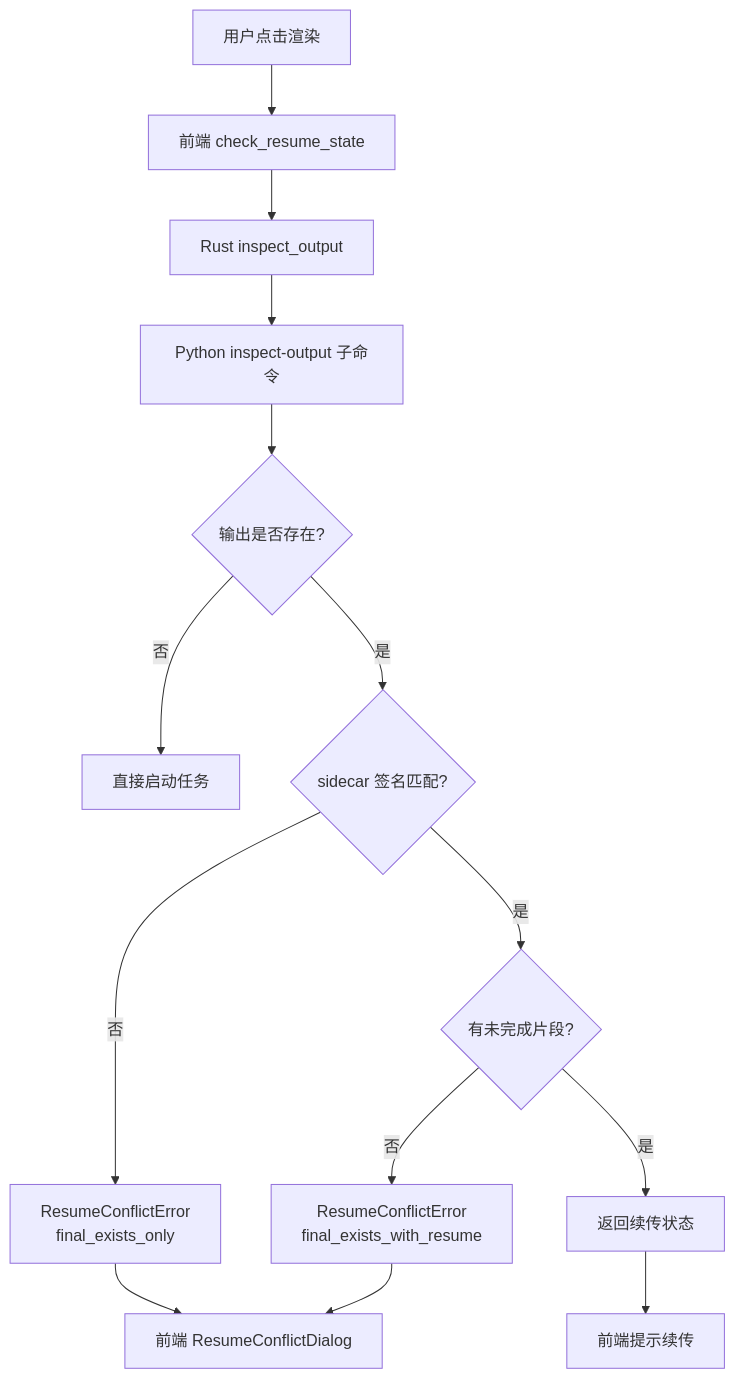
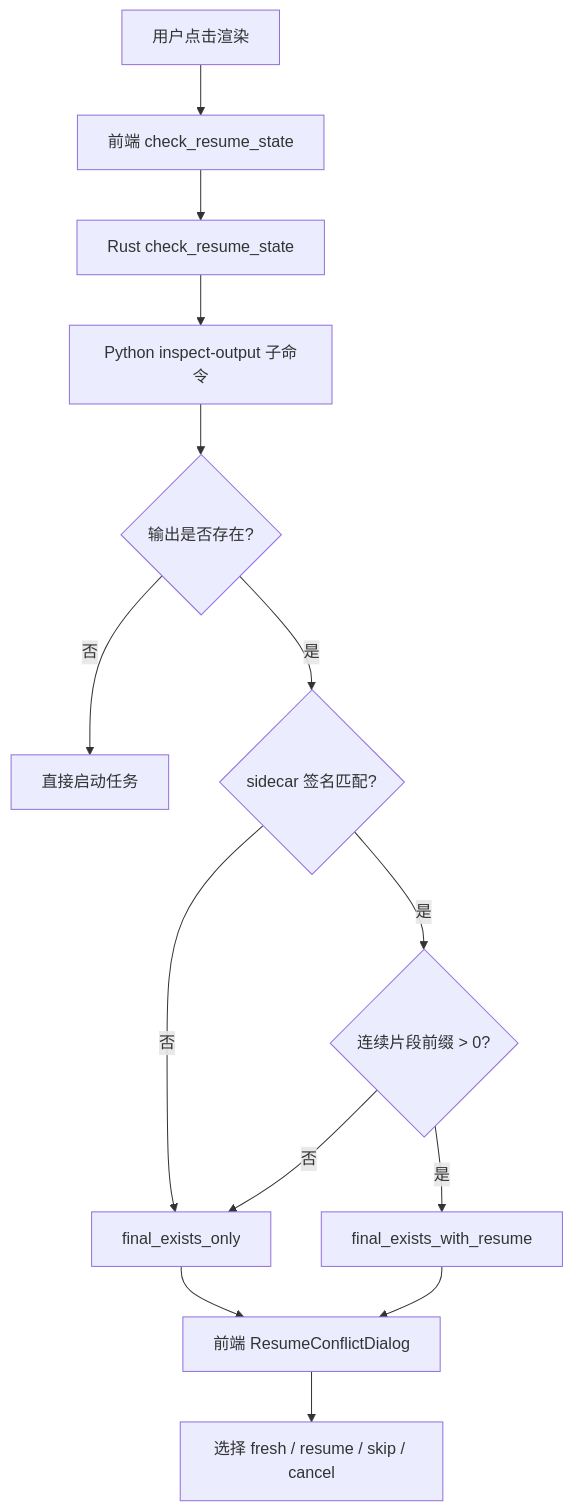
One commit to youge325/vp changed the second of 4 diagrams in docs/06-data-flow.md. Above: the diagram before and after it, drawn with Mermaid. The commit also changed other lines of this file and 14 other files, not shown here.

````diff
--- a/docs/06-data-flow.md
+++ b/docs/06-data-flow.md
@@ -192,20 +211,20 @@
 ```mermaid
 graph TD
     A[用户点击渲染] --> B[前端 check_resume_state]
-    B --> C[Rust inspect_output]
+    B --> C[Rust check_resume_state]
     C --> D[Python inspect-output 子命令]
     D --> E{输出是否存在?}
 
     E -->|否| F[直接启动任务]
     E -->|是| G{sidecar 签名匹配?}
 
-    G -->|否| H[ResumeConflictError<br/>final_exists_only]
-    G -->|是| I{有未完成片段?}
+    G -->|否| H[final_exists_only]
+    G -->|是| I{连续片段前缀 > 0?}
 
-    I -->|否| J[ResumeConflictError<br/>final_exists_with_resume]
-    I -->|是| K[返回续传状态]
+    I -->|否| H
+    I -->|是| J[final_exists_with_resume]
 
-    H --> L[前端 ResumeConflictDialog]
-    J --> L
-    K --> M[前端提示续传]
+    H --> K[前端 ResumeConflictDialog]
+    J --> K
+    K --> L[选择 fresh / resume / skip / cancel]
 ```
````
